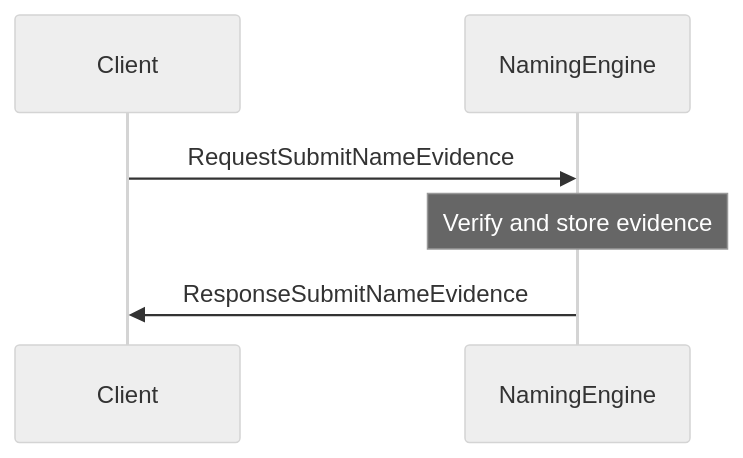
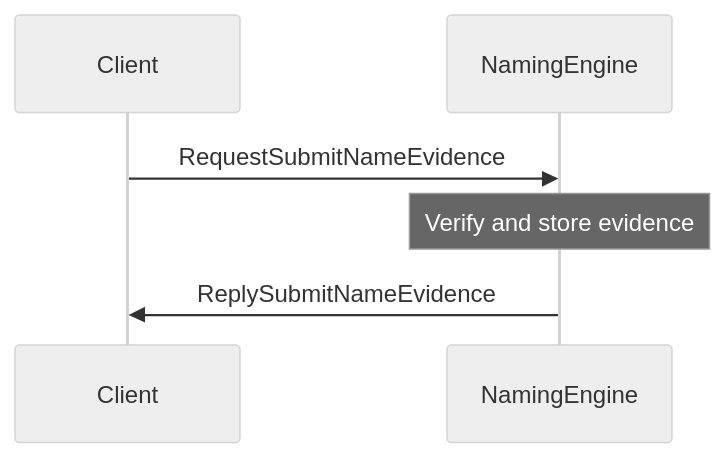
The second of 3 diagrams in docs/arch/node/engines/naming_messages.juvix.md (anoma/nspec), drawn with Mermaid (neutral theme) before and after one commit. The commit also changed other lines of this file and 37 other files, not shown here.

Commit message:
Renamed all instances of "Response" to "Reply" in message interfaces for consistency across commitment, decryption, identity management, and other engines.

````diff
--- a/docs/arch/node/engines/naming_messages.juvix.md
+++ b/docs/arch/node/engines/naming_messages.juvix.md
@@ -58,9 +58,9 @@
 ```mermaid
 sequenceDiagram
     participant Client
     participant NamingEngine
 
     Client->>NamingEngine: RequestSubmitNameEvidence
     Note over NamingEngine: Verify and store evidence
-    NamingEngine->>Client: ResponseSubmitNameEvidence
+    NamingEngine->>Client: ReplySubmitNameEvidence
 ```
````
